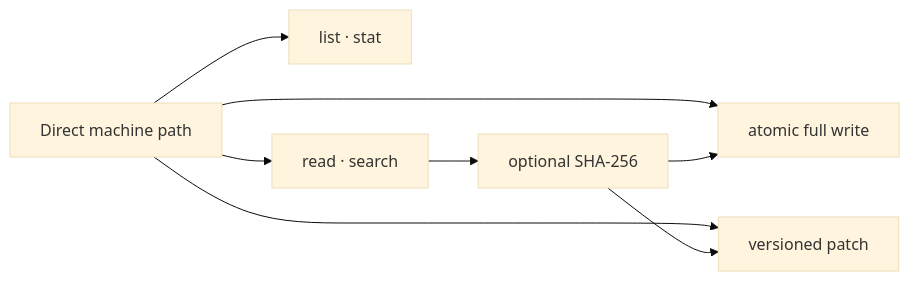
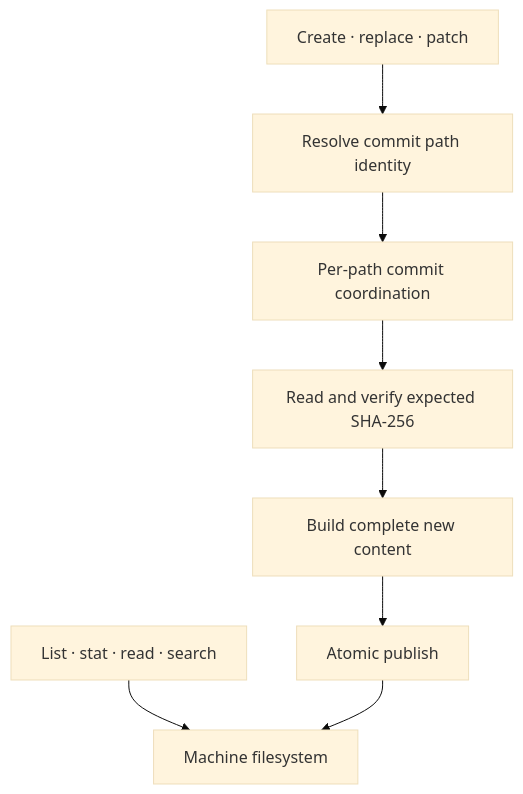
The fourth of 7 diagrams in README.md (hicancan/local-runtime-mcp), drawn with Mermaid (base theme) before and after one commit. The commit also changed other lines of this file and 65 other files, not shown here.

````diff
--- a/README.md
+++ b/README.md
@@ -169,10 +148,10 @@
 ```mermaid
-flowchart LR
-    PATH[Direct machine path] --> DISCOVER[list · stat]
-    PATH --> OBSERVE[read · search]
-    PATH --> WRITE[atomic full write]
-    PATH --> PATCH[versioned patch]
-    OBSERVE --> HASH[optional SHA-256]
-    HASH --> WRITE
-    HASH --> PATCH
+flowchart TB
+    Read[List · stat · read · search] --> Files[Machine filesystem]
+    Write[Create · replace · patch] --> Path[Resolve commit path identity]
+    Path --> Lock[Per-path commit coordination]
+    Lock --> Version[Read and verify expected SHA-256]
+    Version --> Build[Build complete new content]
+    Build --> Commit[Atomic publish]
+    Commit --> Files
 ```
````
